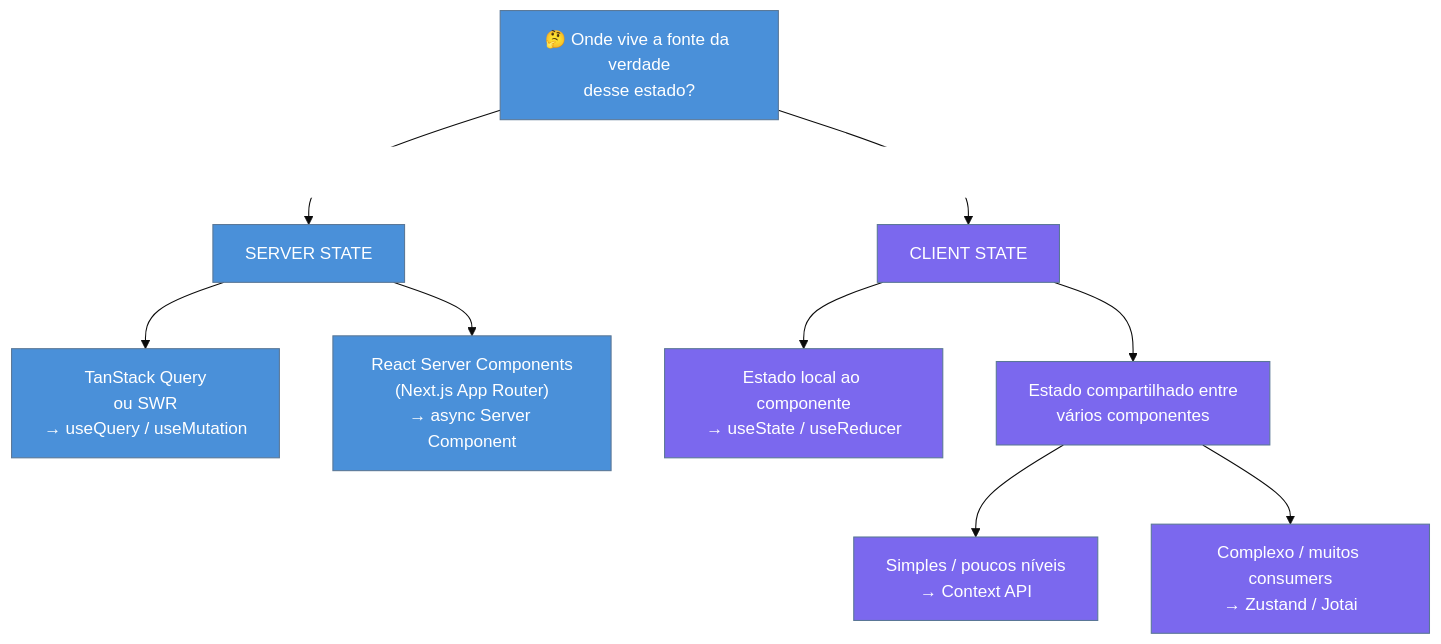
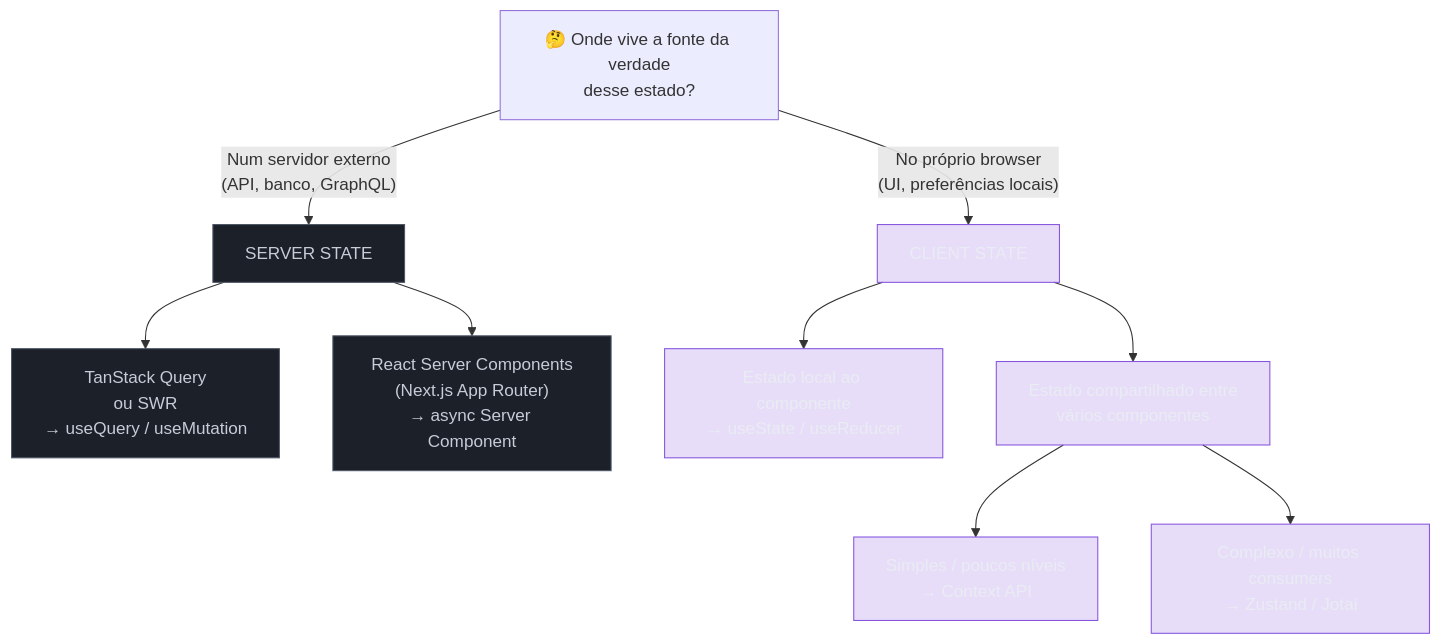
One commit to josenaldo/codex-technomanticus changed the diagram in 03-Dominios/Tecnologia/React/Ecossistema/02 - Server state vs client state.md. Above: the diagram before and after it, drawn with Mermaid. The commit also changed 1181 other files, not shown here.

First line of the commit message:
fix(diagramas): paleta do sistema no lugar de cor cravada no markdown

````diff
--- a/03-Dominios/Tecnologia/React/Ecossistema/02 - Server state vs client state.md
+++ b/03-Dominios/Tecnologia/React/Ecossistema/02 - Server state vs client state.md
@@ -107,26 +107,27 @@
 ```mermaid
-%%{init: {"theme": "base", "themeVariables": {"primaryColor": "#4A90D9", "primaryTextColor": "#fff", "edgeLabelBackground": "#fff"}}}%%
 flowchart TD
+    classDef neutro fill:#1B2029,stroke:#4E5666,color:#C6CCD8
+    classDef marca fill:#8855DF33,stroke:#8855DF,color:#E9ECF2
     PERGUNTA["🤔 Onde vive a fonte da verdade\ndesse estado?"]
 
     PERGUNTA -->|"Num servidor externo\n(API, banco, GraphQL)"| SERVER["SERVER STATE"]
     PERGUNTA -->|"No próprio browser\n(UI, preferências locais)"| CLIENT["CLIENT STATE"]
 
     SERVER --> SQ["TanStack Query\nou SWR\n→ useQuery / useMutation"]
     SERVER --> RSCS["React Server Components\n(Next.js App Router)\n→ async Server Component"]
 
     CLIENT --> CLOCAL["Estado local ao componente\n→ useState / useReducer"]
     CLIENT --> CGLOBAL["Estado compartilhado entre\nvários componentes"]
 
     CGLOBAL --> CCONT["Simples / poucos níveis\n→ Context API"]
     CGLOBAL --> CZUST["Complexo / muitos consumers\n→ Zustand / Jotai"]
 
-    style SERVER fill:#4A90D9,color:#fff
-    style CLIENT fill:#7B68EE,color:#fff
-    style SQ fill:#4A90D9,color:#fff
-    style RSCS fill:#4A90D9,color:#fff
-    style CLOCAL fill:#7B68EE,color:#fff
-    style CGLOBAL fill:#7B68EE,color:#fff
-    style CCONT fill:#7B68EE,color:#fff
-    style CZUST fill:#7B68EE,color:#fff
+    class SERVER neutro
+    class CLIENT marca
+    class SQ neutro
+    class RSCS neutro
+    class CLOCAL marca
+    class CGLOBAL marca
+    class CCONT marca
+    class CZUST marca
 ```
````
